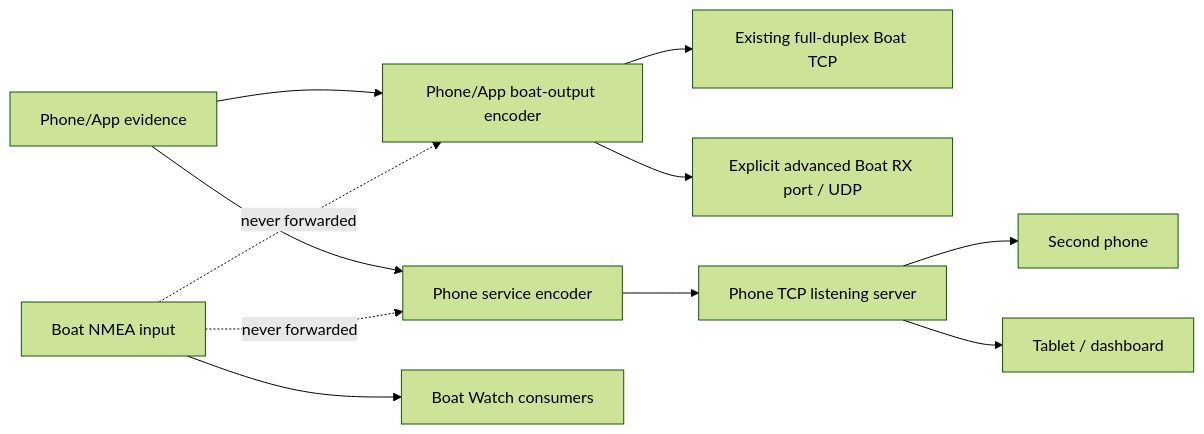
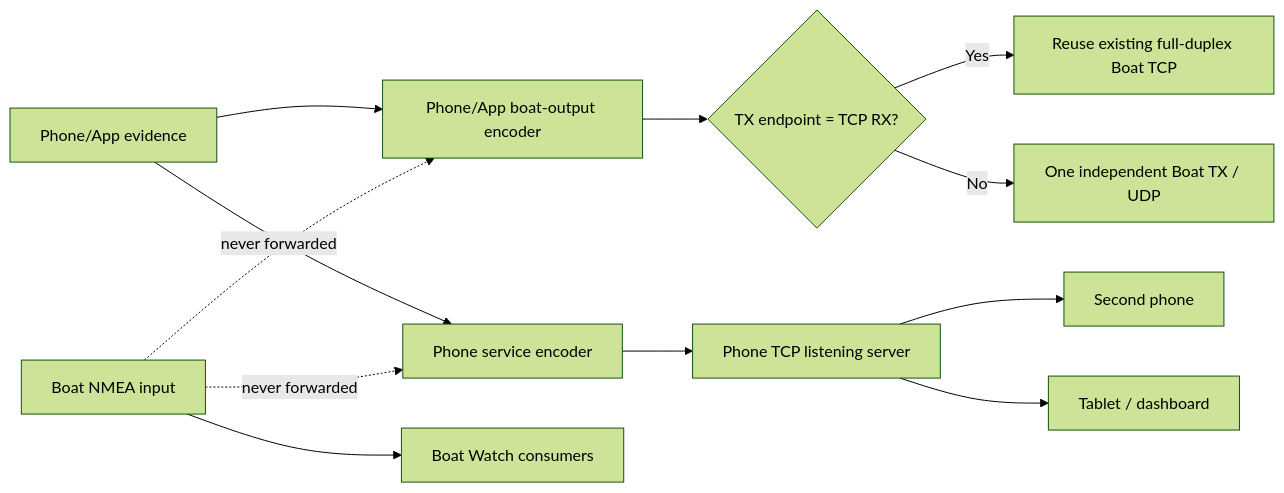
One commit to ohkuku/yokuli_nmea_anchor_alarm changed the diagram in docs/NMEA_PRODUCT_BOUNDARIES.md. Above: the diagram before and after it, drawn with Mermaid (forest theme). The commit also changed other lines of this file and 10 other files, not shown here.

````diff
--- a/docs/NMEA_PRODUCT_BOUNDARIES.md
+++ b/docs/NMEA_PRODUCT_BOUNDARIES.md
@@ -17,13 +17,14 @@
 ```mermaid
 flowchart LR
     P[Phone/App evidence] --> E1[Phone/App boat-output encoder]
     P --> E2[Phone service encoder]
-    E1 --> B1[Existing full-duplex Boat TCP]
-    E1 --> B2[Explicit advanced Boat RX port / UDP]
+    E1 --> R{TX endpoint = TCP RX?}
+    R -->|Yes| B1[Reuse existing full-duplex Boat TCP]
+    R -->|No| B2[One independent Boat TX / UDP]
     E2 --> S[Phone TCP listening server]
     S --> C1[Second phone]
     S --> C2[Tablet / dashboard]
     X[Boat NMEA input] --> A[Boat Watch consumers]
     X -. never forwarded .-> E1
     X -. never forwarded .-> E2
 ```
````
